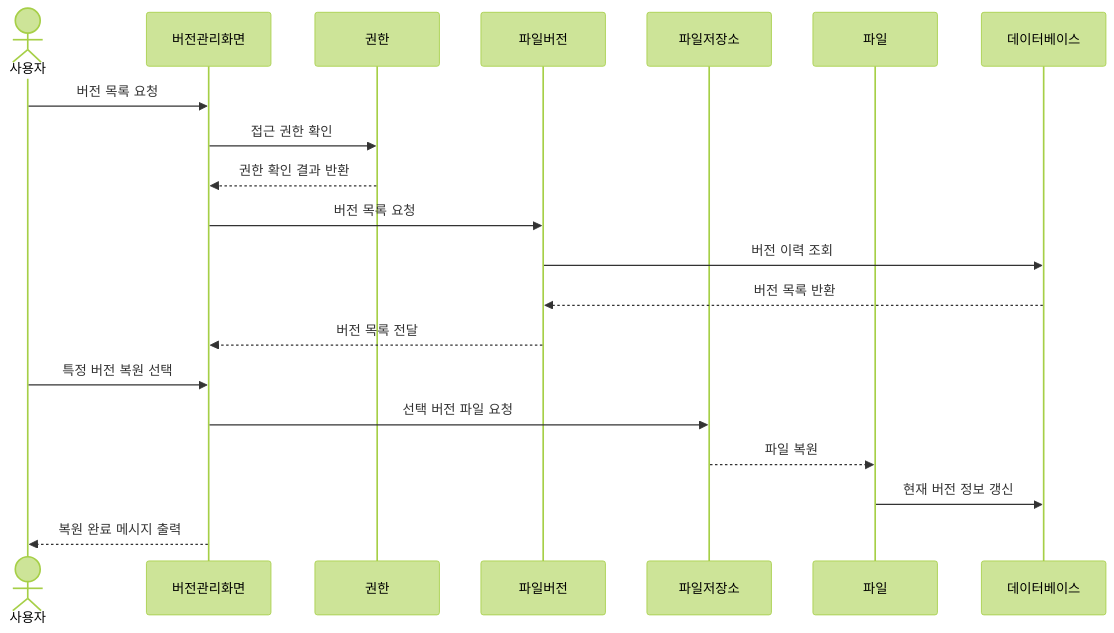
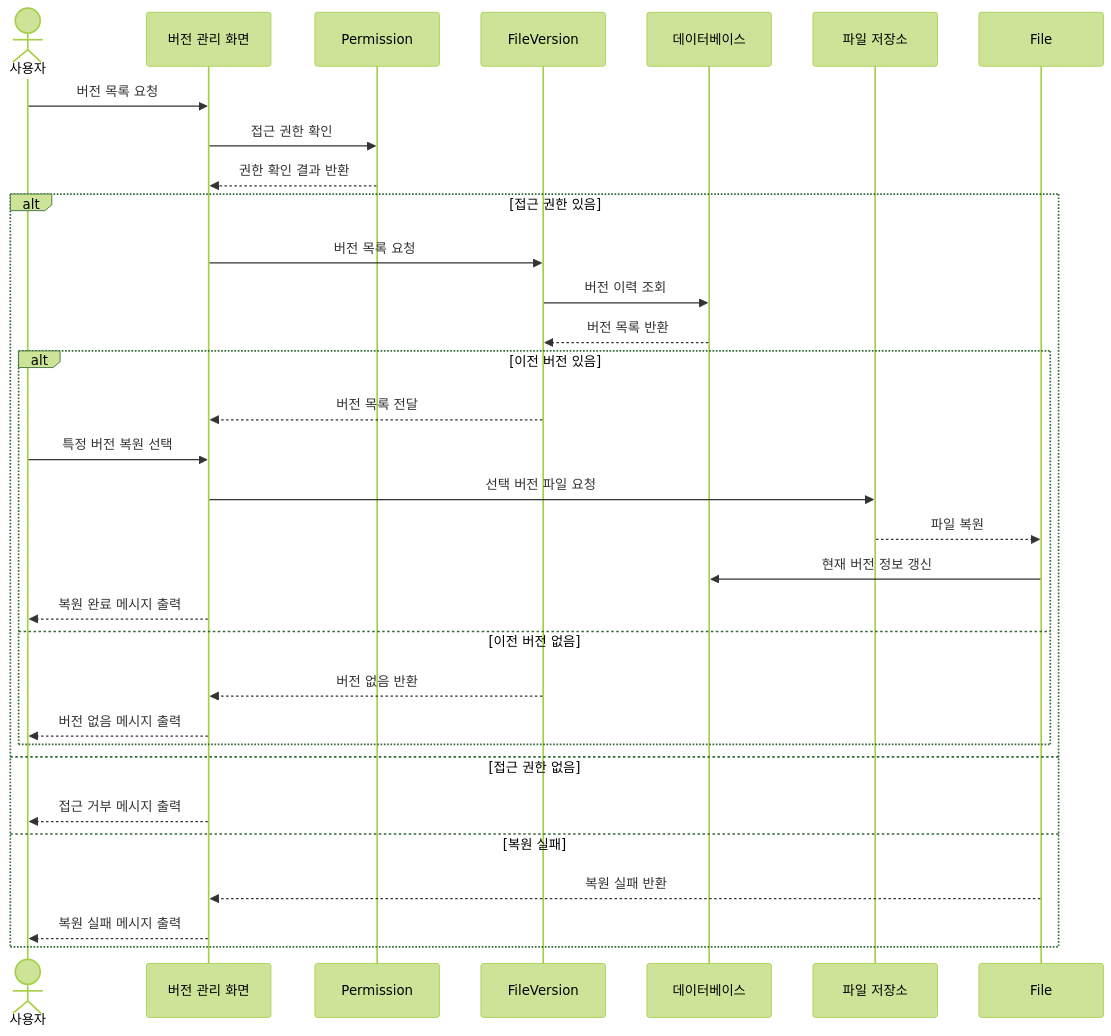
One commit to csharon0218/se changed diagram 13 of 16 in doc/requirements_analysis.md. Above: the diagram before and after it, drawn with Mermaid (forest theme). The commit also changed other lines of this file and 7 other files, not shown here.

````diff
--- a/doc/requirements_analysis.md
+++ b/doc/requirements_analysis.md
@@ -1335,23 +1672,36 @@
 ```mermaid
 sequenceDiagram
     actor User as 사용자
-    participant UI as 버전관리화면
-    participant Perm as 권한
-    participant Ver as 파일버전
-    participant Storage as 파일저장소
-    participant File as 파일
+    participant UI as 버전 관리 화면
+    participant Permission as Permission
+    participant Version as FileVersion
     participant DB as 데이터베이스
+    participant Storage as 파일 저장소
+    participant File as File
 
     User->>UI: 버전 목록 요청
-    UI->>Perm: 접근 권한 확인
-    Perm-->>UI: 권한 확인 결과 반환
-    UI->>Ver: 버전 목록 요청
-    Ver->>DB: 버전 이력 조회
-    DB-->>Ver: 버전 목록 반환
-    Ver-->>UI: 버전 목록 전달
-    User->>UI: 특정 버전 복원 선택
-    UI->>Storage: 선택 버전 파일 요청
-    Storage-->>File: 파일 복원
-    File->>DB: 현재 버전 정보 갱신
-    UI-->>User: 복원 완료 메시지 출력
+    UI->>Permission: 접근 권한 확인
+    Permission-->>UI: 권한 확인 결과 반환
+
+    alt 접근 권한 있음
+        UI->>Version: 버전 목록 요청
+        Version->>DB: 버전 이력 조회
+        DB-->>Version: 버전 목록 반환
+        alt 이전 버전 있음
+            Version-->>UI: 버전 목록 전달
+            User->>UI: 특정 버전 복원 선택
+            UI->>Storage: 선택 버전 파일 요청
+            Storage-->>File: 파일 복원
+            File->>DB: 현재 버전 정보 갱신
+            UI-->>User: 복원 완료 메시지 출력
+        else 이전 버전 없음
+            Version-->>UI: 버전 없음 반환
+            UI-->>User: 버전 없음 메시지 출력
+        end
+    else 접근 권한 없음
+        UI-->>User: 접근 거부 메시지 출력
+    else 복원 실패
+        File-->>UI: 복원 실패 반환
+        UI-->>User: 복원 실패 메시지 출력
+    end
 ```
````
